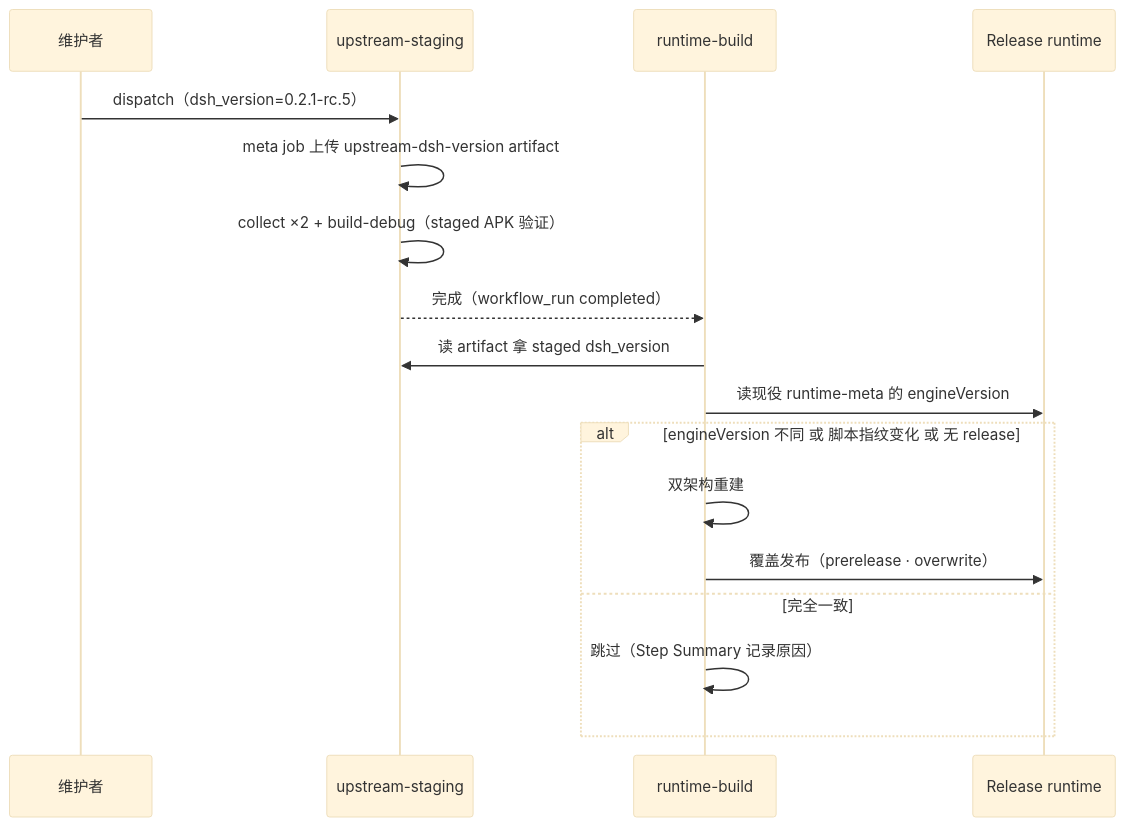
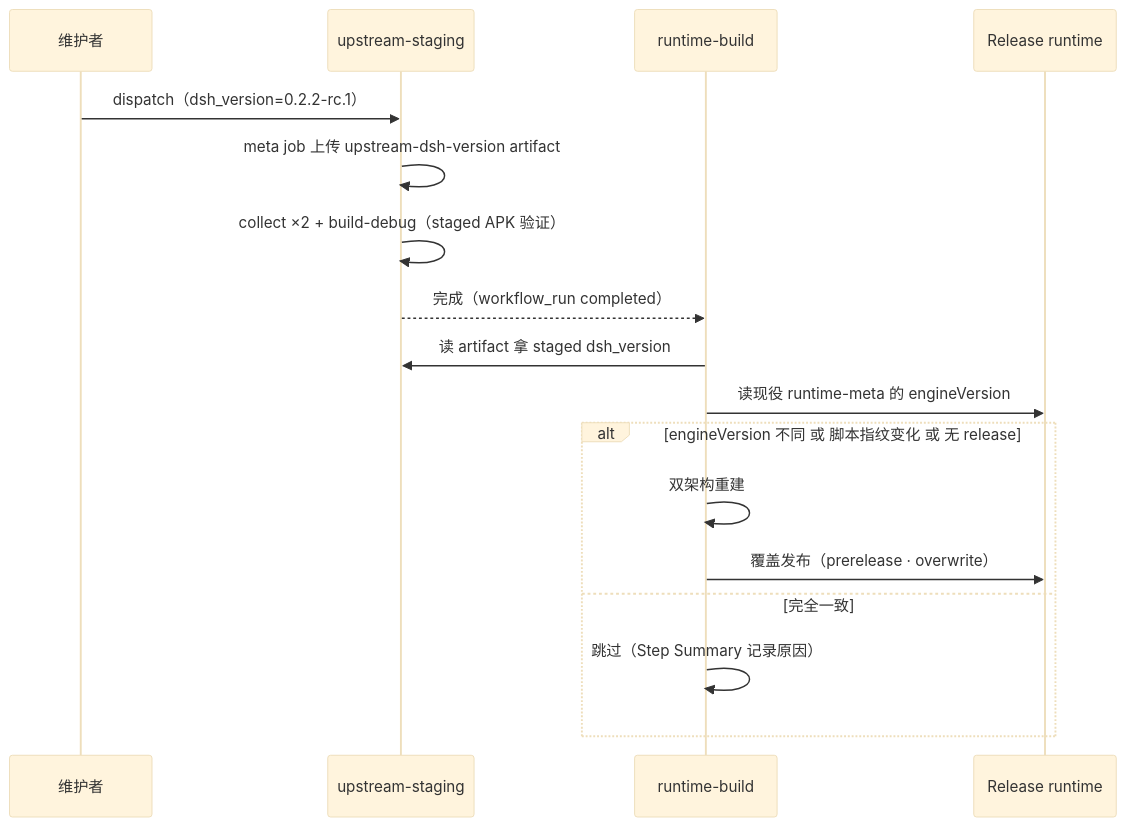
The second of 3 diagrams in docs/CI_RUNTIME_PIPELINE.md (Soodok/Deepseek-Harness-Local-Android), drawn with Mermaid (base theme) before and after one commit. The commit also changed other lines of this file and 8 other files, not shown here.

````diff
--- a/docs/CI_RUNTIME_PIPELINE.md
+++ b/docs/CI_RUNTIME_PIPELINE.md
@@ -94,20 +94,20 @@
 ```mermaid
 sequenceDiagram
     participant U as 维护者
     participant S as upstream-staging
     participant R as runtime-build
     participant GH as Release runtime
 
-    U->>S: dispatch（dsh_version=0.2.1-rc.5）
+    U->>S: dispatch（dsh_version=0.2.2-rc.1）
     S->>S: meta job 上传 upstream-dsh-version artifact
     S->>S: collect ×2 + build-debug（staged APK 验证）
     S-->>R: 完成（workflow_run completed）
     R->>S: 读 artifact 拿 staged dsh_version
     R->>GH: 读现役 runtime-meta 的 engineVersion
     alt engineVersion 不同 或 脚本指纹变化 或 无 release
         R->>R: 双架构重建
         R->>GH: 覆盖发布（prerelease · overwrite）
     else 完全一致
         R->>R: 跳过（Step Summary 记录原因）
     end
 ```
````
